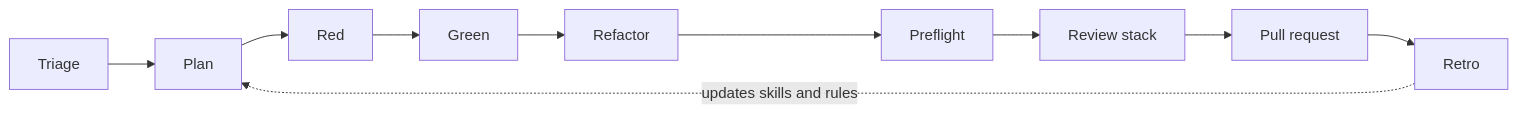
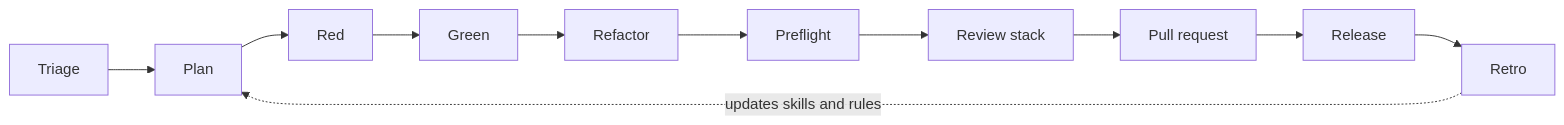
The diagram in README.md (pp-interview/agentic-engineering), drawn with Mermaid before and after one commit. The commit also changed other lines of this file, not shown here.

````diff
--- a/README.md
+++ b/README.md
@@ -45,12 +48,13 @@
 ```mermaid
 flowchart LR
     A[Triage] --> B[Plan]
     B --> C[Red]
     C --> D[Green]
     D --> E[Refactor]
     E --> F[Preflight]
     F --> G[Review stack]
     G --> H[Pull request]
-    H --> I[Retro]
-    I -. updates skills and rules .-> B
+    H --> I[Release]
+    I --> J[Retro]
+    J -. updates skills and rules .-> B
 ```
````
